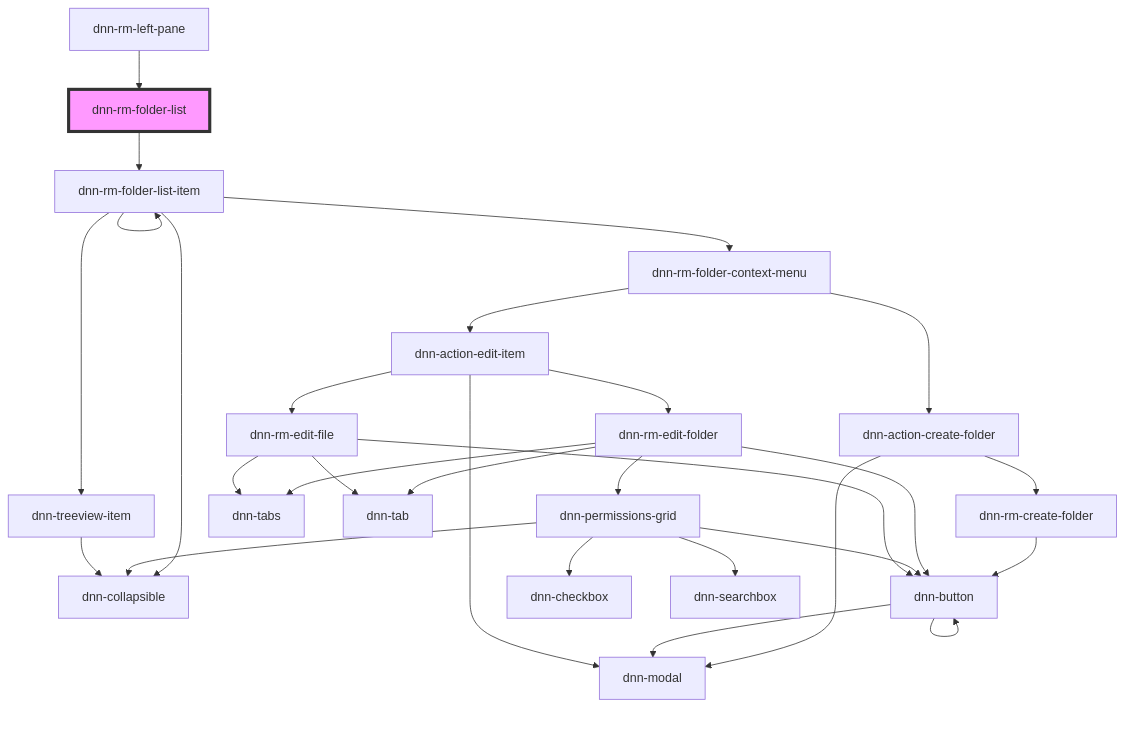
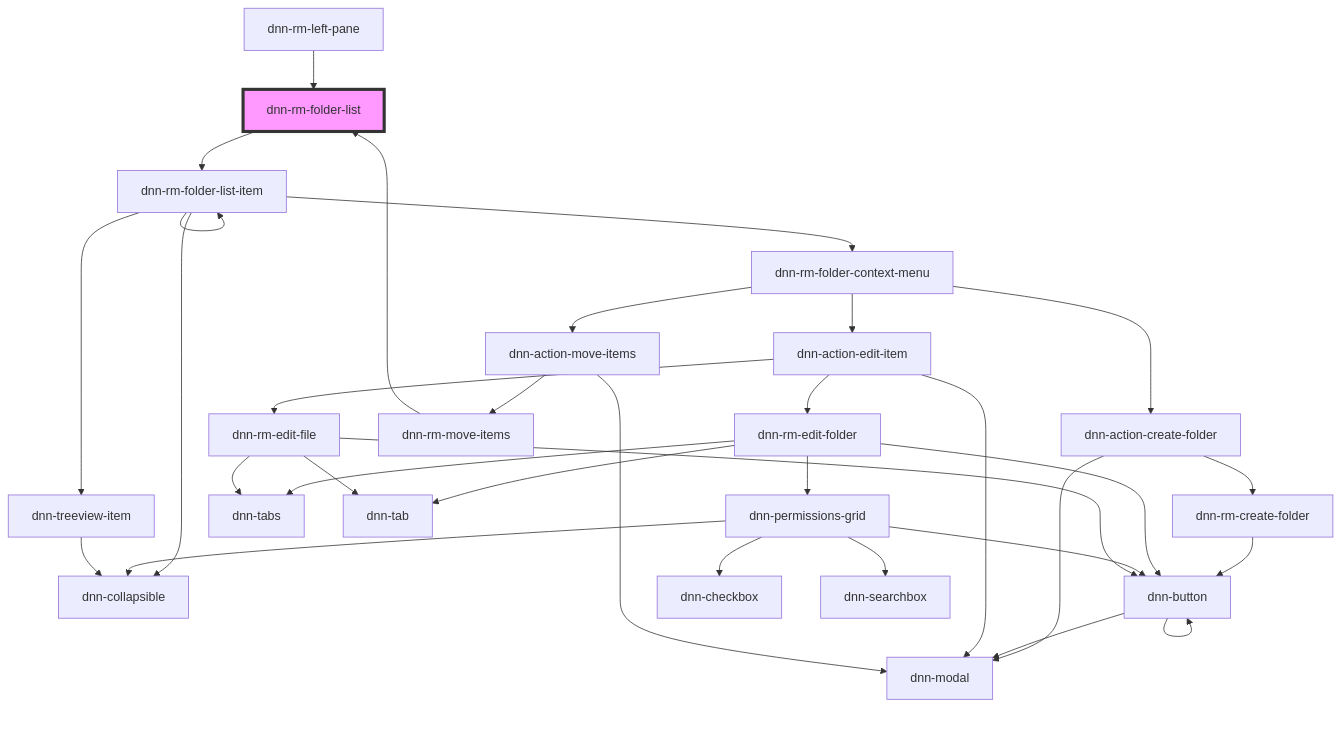
Before and after one commit to dnnsoftware/Dnn.Platform: the diagram in DNN Platform/Modules/ResourceManager/ResourceManager.Web/src/components/dnn-rm-folder-list/readme.md, drawn with Mermaid. The commit also changed other lines of this file and 29 other files, not shown here.

````diff
--- a/DNN Platform/Modules/ResourceManager/ResourceManager.Web/src/components/dnn-rm-folder-list/readme.md
+++ b/DNN Platform/Modules/ResourceManager/ResourceManager.Web/src/components/dnn-rm-folder-list/readme.md
@@ -19,32 +27,36 @@
 ```mermaid
 graph TD;
   dnn-rm-folder-list --> dnn-rm-folder-list-item
   dnn-rm-folder-list-item --> dnn-collapsible
   dnn-rm-folder-list-item --> dnn-rm-folder-context-menu
   dnn-rm-folder-list-item --> dnn-treeview-item
   dnn-rm-folder-list-item --> dnn-rm-folder-list-item
   dnn-rm-folder-context-menu --> dnn-action-create-folder
   dnn-rm-folder-context-menu --> dnn-action-edit-item
+  dnn-rm-folder-context-menu --> dnn-action-move-items
   dnn-action-create-folder --> dnn-modal
   dnn-action-create-folder --> dnn-rm-create-folder
   dnn-rm-create-folder --> dnn-button
   dnn-button --> dnn-modal
   dnn-button --> dnn-button
   dnn-action-edit-item --> dnn-modal
   dnn-action-edit-item --> dnn-rm-edit-folder
   dnn-action-edit-item --> dnn-rm-edit-file
   dnn-rm-edit-folder --> dnn-tabs
   dnn-rm-edit-folder --> dnn-tab
   dnn-rm-edit-folder --> dnn-permissions-grid
   dnn-rm-edit-folder --> dnn-button
   dnn-permissions-grid --> dnn-checkbox
   dnn-permissions-grid --> dnn-button
   dnn-permissions-grid --> dnn-searchbox
   dnn-permissions-grid --> dnn-collapsible
   dnn-rm-edit-file --> dnn-tabs
   dnn-rm-edit-file --> dnn-tab
   dnn-rm-edit-file --> dnn-button
+  dnn-action-move-items --> dnn-modal
+  dnn-action-move-items --> dnn-rm-move-items
+  dnn-rm-move-items --> dnn-rm-folder-list
   dnn-treeview-item --> dnn-collapsible
   dnn-rm-left-pane --> dnn-rm-folder-list
   style dnn-rm-folder-list fill:#f9f,stroke:#333,stroke-width:4px
 ```
````
